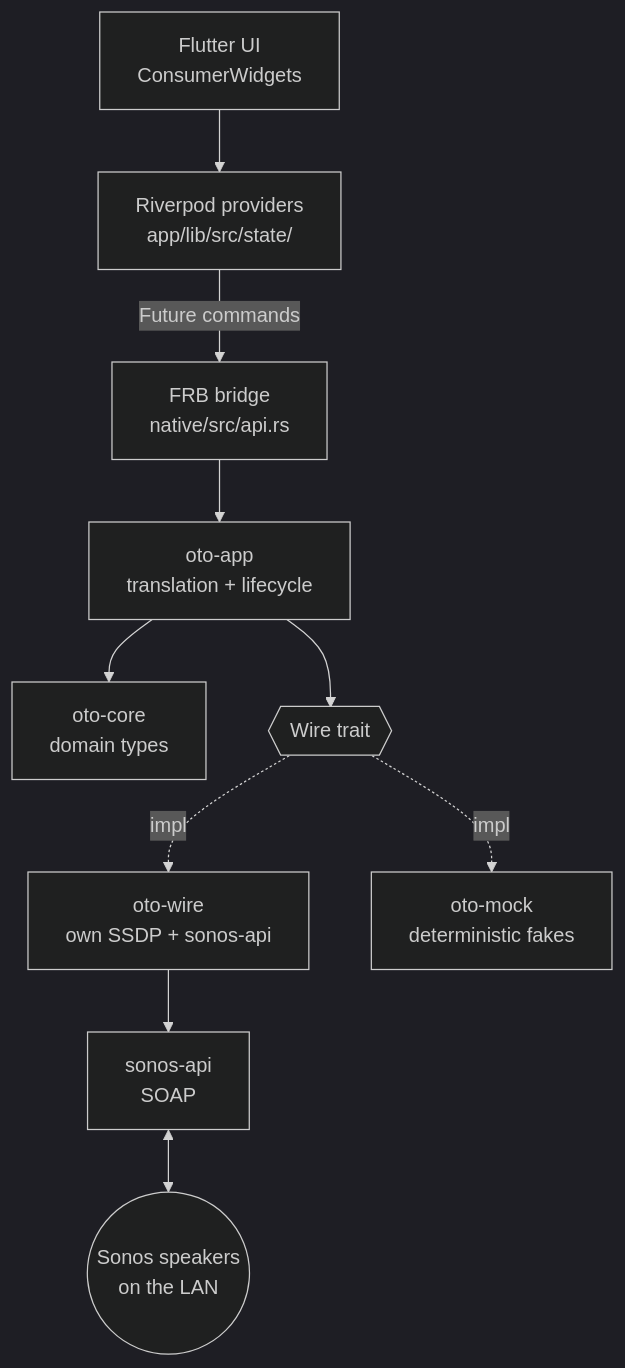
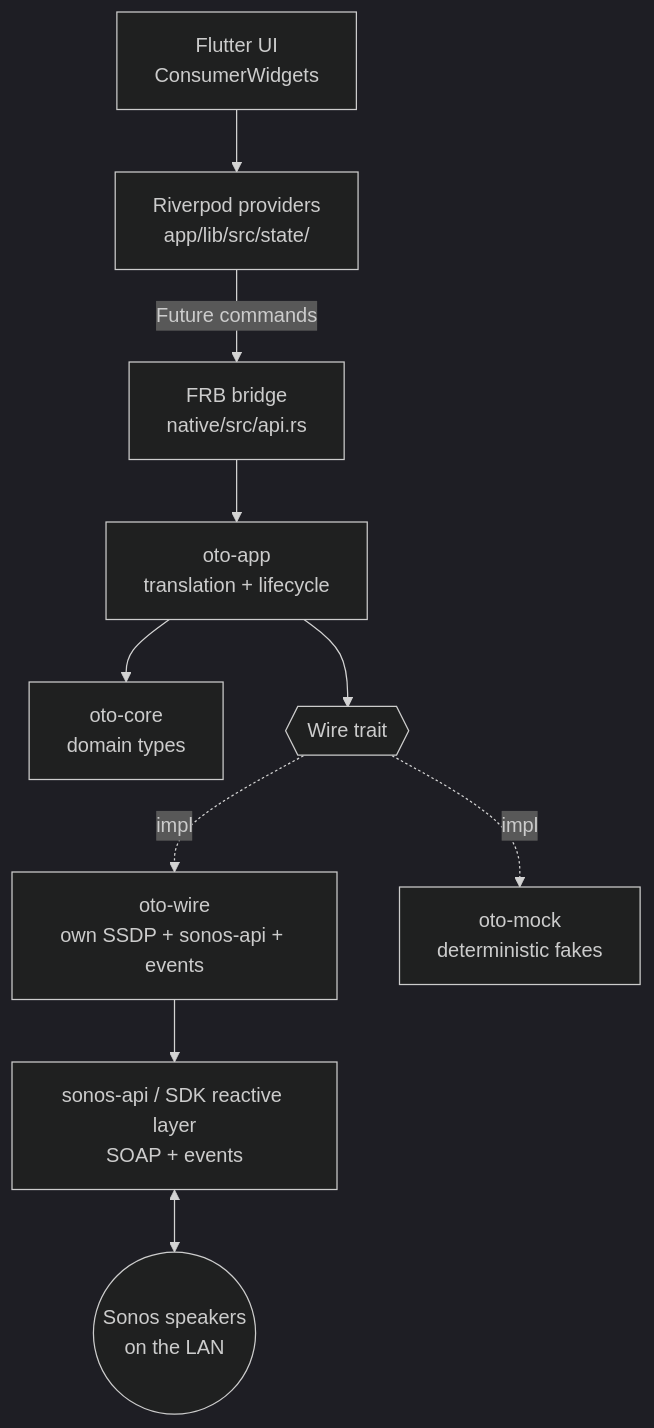
One commit to Oszkar/oto changed the first of 2 diagrams in docs/ARCHITECTURE.md. Above: the diagram before and after it, drawn with Mermaid (dark theme). The commit also changed other lines of this file and 6 other files, not shown here.

````diff
--- a/docs/ARCHITECTURE.md
+++ b/docs/ARCHITECTURE.md
@@ -9,23 +9,23 @@
 ```mermaid
 flowchart TD
     UI["Flutter UI<br/>ConsumerWidgets"]
     RP["Riverpod providers<br/>app/lib/src/state/"]
     FRB["FRB bridge<br/>native/src/api.rs"]
     APP["oto-app<br/>translation + lifecycle"]
     CORE["oto-core<br/>domain types"]
     WIRE{{"Wire trait"}}
-    WIREIMPL["oto-wire<br/>own SSDP + sonos-api"]
+    WIREIMPL["oto-wire<br/>own SSDP + sonos-api + events"]
     MOCK["oto-mock<br/>deterministic fakes"]
-    SDK["sonos-api<br/>SOAP"]
+    SDK["sonos-api / SDK reactive layer<br/>SOAP + events"]
     NET(("Sonos speakers<br/>on the LAN"))
 
     UI --> RP
     RP -->|"Future commands"| FRB
     FRB --> APP
     APP --> CORE
     APP --> WIRE
     WIRE -.impl.-> WIREIMPL
     WIRE -.impl.-> MOCK
     WIREIMPL --> SDK
     SDK <--> NET
 ```
````
